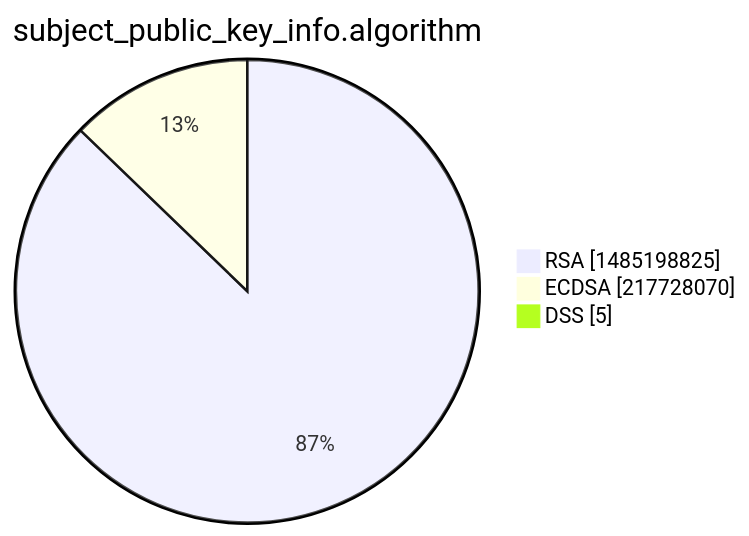
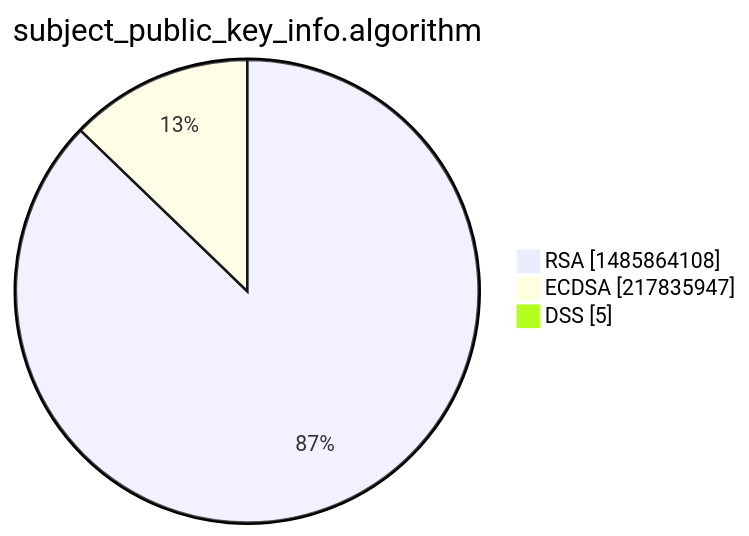
One commit to christiankrug/ctmonitor_visualization changed the third of 15 diagrams in xenon2022/README.md. Above: the diagram before and after it, drawn with Mermaid. The commit also changed other lines of this file, not shown here.

````diff
--- a/xenon2022/README.md
+++ b/xenon2022/README.md
@@ -14,7 +14,7 @@
 ```mermaid
 pie showData
 title subject_public_key_info.algorithm
-"RSA" :1485198825
-"ECDSA" :217728070
+"RSA" :1485864108
+"ECDSA" :217835947
 "DSS" :5
 ```
````
